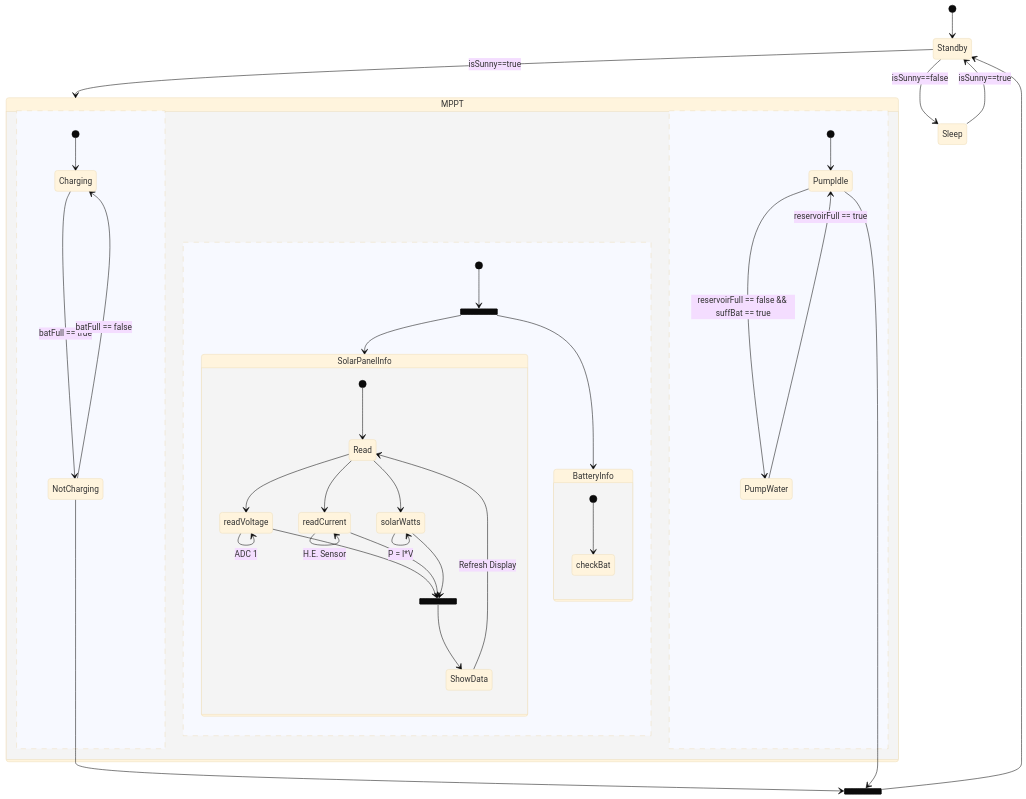
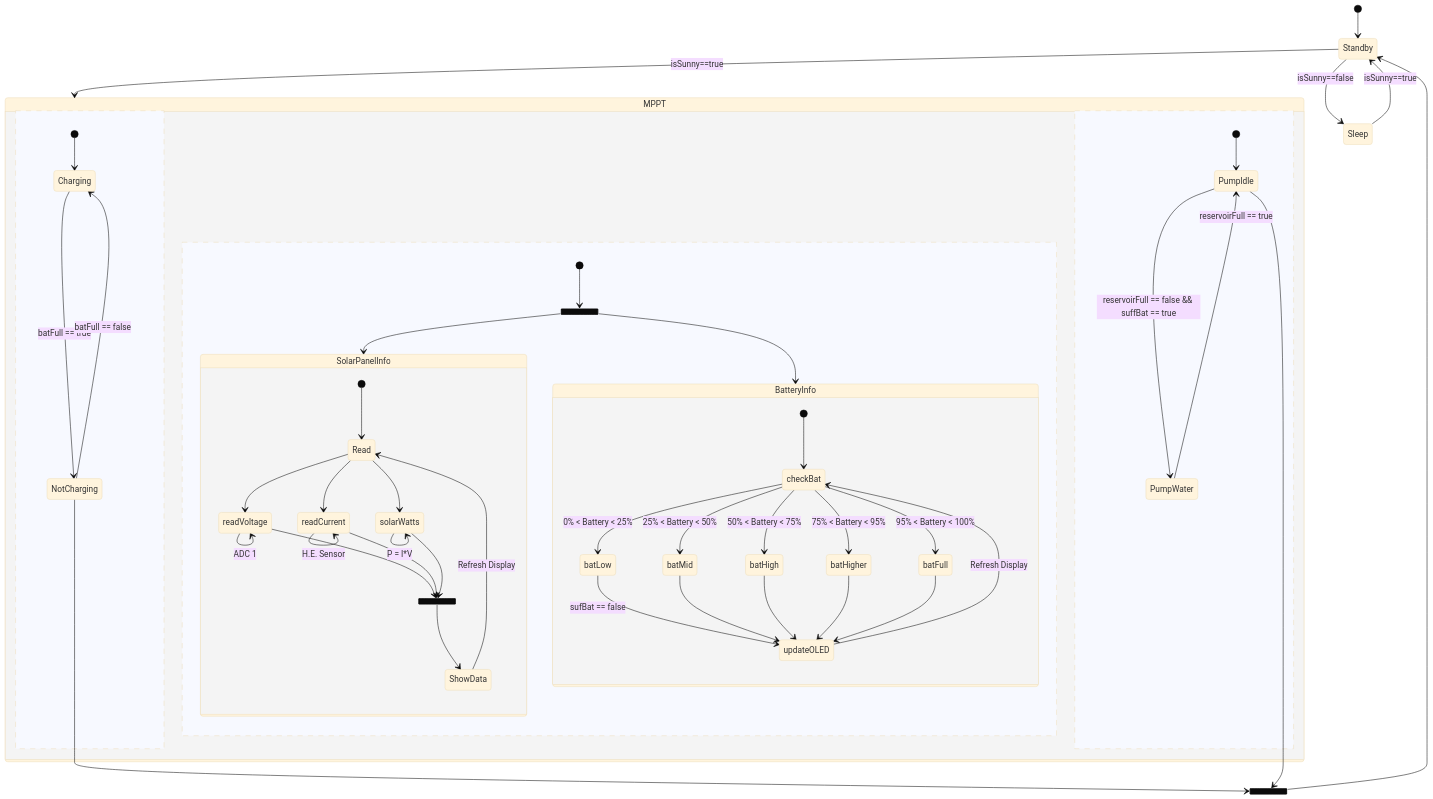
The diagram in README.md (justinfederico/SolarIrrigation), drawn with Mermaid (base theme) before and after one commit.

````diff
--- a/README.md
+++ b/README.md
@@ -6,51 +6,64 @@
 ```mermaid
 stateDiagram-v2
         state Standby
         [*] --> Standby
         Standby --> MPPT: isSunny==true
         Standby --> Sleep: isSunny==false
         state MPPT {
         [*] --> Charging
         Charging --> NotCharging : batFull == true
         NotCharging --> Charging : batFull == false
         --
         [*] --> PumpIdle
         PumpIdle --> PumpWater : reservoirFull == false && suffBat == true
         PumpWater --> PumpIdle : reservoirFull == true
         --
         state DisplayData <<fork>>
         [*] --> DisplayData
         DisplayData --> SolarPanelInfo
         DisplayData --> BatteryInfo
-        state BatteryInfo{
-            [*] --> checkBat
+        state BatteryInfo {
+            [*] --> checkBat 
+            state checkBat <<fork>>
+            checkBat --> batLow : 0% < Battery < 25%
+            checkBat --> batMid: 25% < Battery < 50%
+            checkBat --> batHigh: 50% < Battery < 75%
+            checkBat --> batHigher: 75% < Battery < 95%
+            checkBat --> batFull: 95% < Battery < 100%
+            batLow --> updateOLED: sufBat == false
+            batMid --> updateOLED
+            batHigh --> updateOLED
+            batHigher --> updateOLED
+            batFull --> updateOLED
+            updateOLED --> checkBat: Refresh Display
+            
         }
-        state SolarPanelInfo{
+        state SolarPanelInfo {
         [*] --> Read
         Read --> readVoltage
         Read --> readCurrent
         Read --> solarWatts
         readVoltage --> readVoltage : ADC 1
         readCurrent --> readCurrent : H.E. Sensor
         solarWatts --> solarWatts : P = I*V
         state refreshDisplay <<join>> 
         readVoltage --> refreshDisplay
         readCurrent --> refreshDisplay
         solarWatts --> refreshDisplay
         refreshDisplay --> ShowData
         ShowData --> Read : Refresh Display
         }
 
         
     }
     state Full <<join>>
     NotCharging --> Full
     PumpIdle --> Full
     Full --> Standby
     Sleep --> Standby: isSunny==true
         
         
     
     
 
 ```
````
